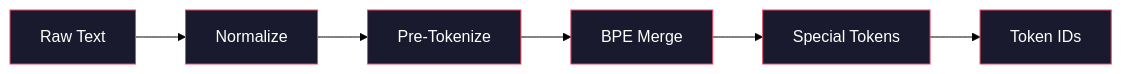
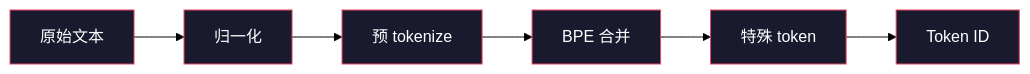
Before and after one commit to JerryC8080/ai-engineering-from-scratch-zh: the diagram in phases/10-llms-from-scratch/02-building-a-tokenizer/docs/zh.md, drawn with Mermaid (forest theme). The commit also changed 156 other files, not shown here.

First line of the commit message:
i18n(zh): translate mermaid diagram labels in 157 lesson zh.md

````diff
--- a/phases/10-llms-from-scratch/02-building-a-tokenizer/docs/zh.md
+++ b/phases/10-llms-from-scratch/02-building-a-tokenizer/docs/zh.md
@@ -37,15 +37,15 @@
 ```mermaid
 graph LR
-    A[Raw Text] --> B[Normalize]
-    B --> C[Pre-Tokenize]
-    C --> D[BPE Merge]
-    D --> E[Special Tokens]
-    E --> F[Token IDs]
+    A[原始文本] --> B[归一化]
+    B --> C[预 tokenize]
+    C --> D[BPE 合并]
+    D --> E[特殊 token]
+    E --> F[Token ID]
 
     style A fill:#1a1a2e,stroke:#e94560,color:#fff
     style B fill:#1a1a2e,stroke:#e94560,color:#fff
     style C fill:#1a1a2e,stroke:#e94560,color:#fff
     style D fill:#1a1a2e,stroke:#e94560,color:#fff
     style E fill:#1a1a2e,stroke:#e94560,color:#fff
     style F fill:#1a1a2e,stroke:#e94560,color:#fff
 ```
````
